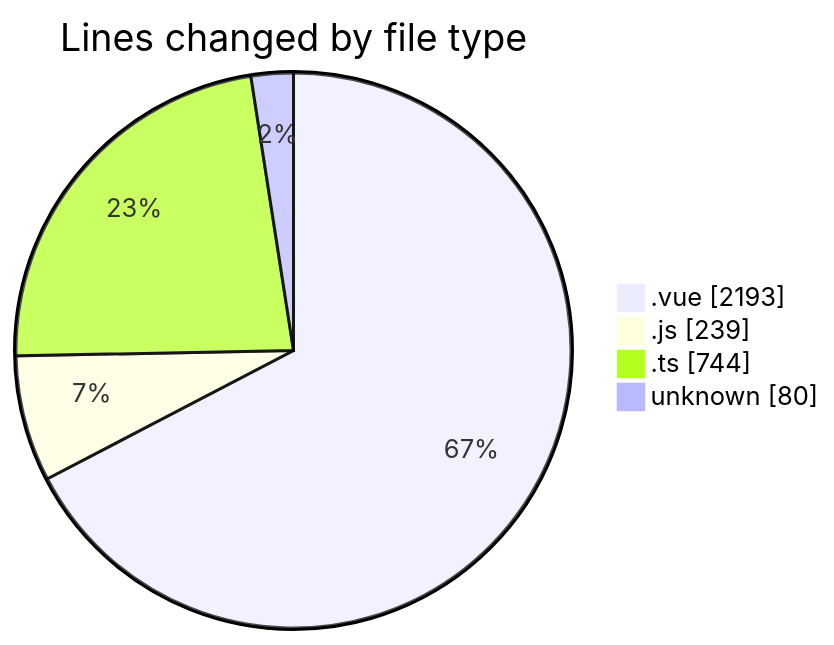
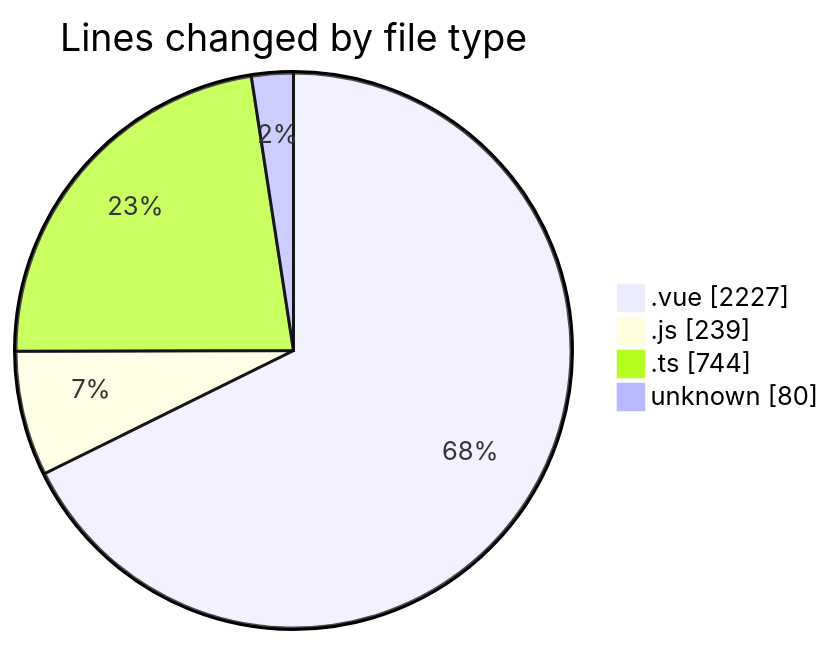
Before and after one commit to lephambinh05/code-tracking: the first of 2 diagrams in 2025-08-11/rentotp/README.md, drawn with Mermaid. The commit also changed other lines of this file and 1 other file, not shown here.

````diff
--- a/2025-08-11/rentotp/README.md
+++ b/2025-08-11/rentotp/README.md
@@ -36,8 +36,8 @@
 ```mermaid
 pie showData
 title Lines changed by file type
-".vue" : 2193
+".vue" : 2227
 ".js" : 239
 ".ts" : 744
 "unknown" : 80
 ```
````
